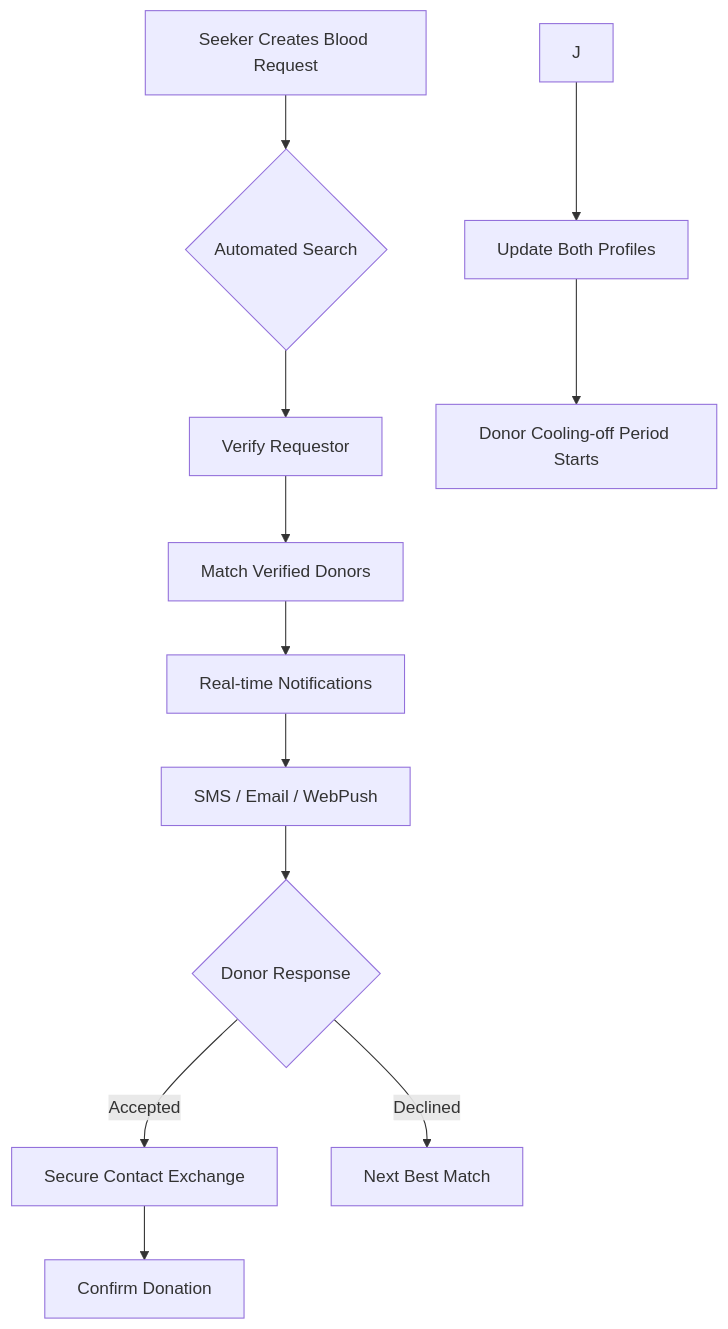
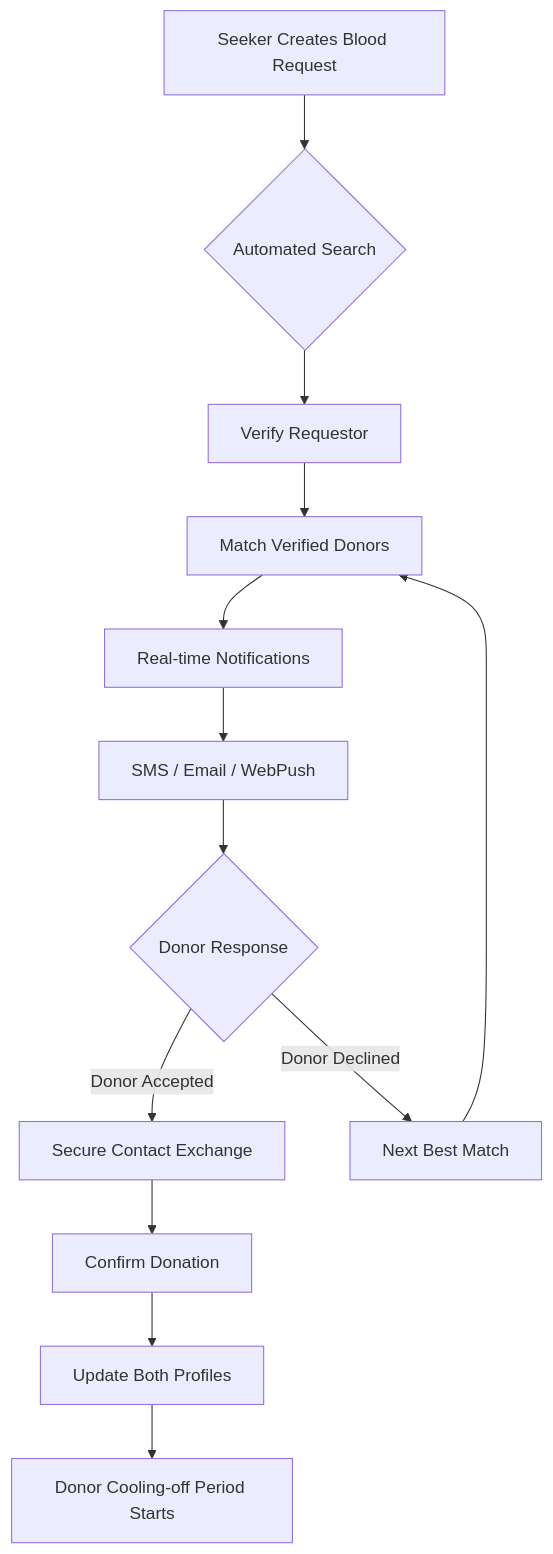
Before and after one commit to sharf-shawon/project_rokto: the diagram in README.md, drawn with Mermaid. The commit also changed 1 other file, not shown here.

````diff
--- a/README.md
+++ b/README.md
@@ -62,14 +62,14 @@
 ```mermaid
 graph TD
     A[Seeker Creates Blood Request] --> B{Automated Search}
     B --> V[Verify Requestor]
     V --> C[Match Verified Donors]
     C --> D[Real-time Notifications]
     D --> E[SMS / Email / WebPush]
     E --> F{Donor Response}
-    F -- Accepted --> G[Secure Contact Exchange]
-    F -- Declined --> H[Next Best Match]
+    F -- Donor Accepted --> G[Secure Contact Exchange]
+    F -- Donor Declined --> H[Next Best Match] --> C
     G --> I[Confirm Donation]
-    J --> K[Update Both Profiles]
-    K --> L[Donor Cooling-off Period Starts]
+    I --> J[Update Both Profiles]
+    J --> K[Donor Cooling-off Period Starts]
 ```
````
